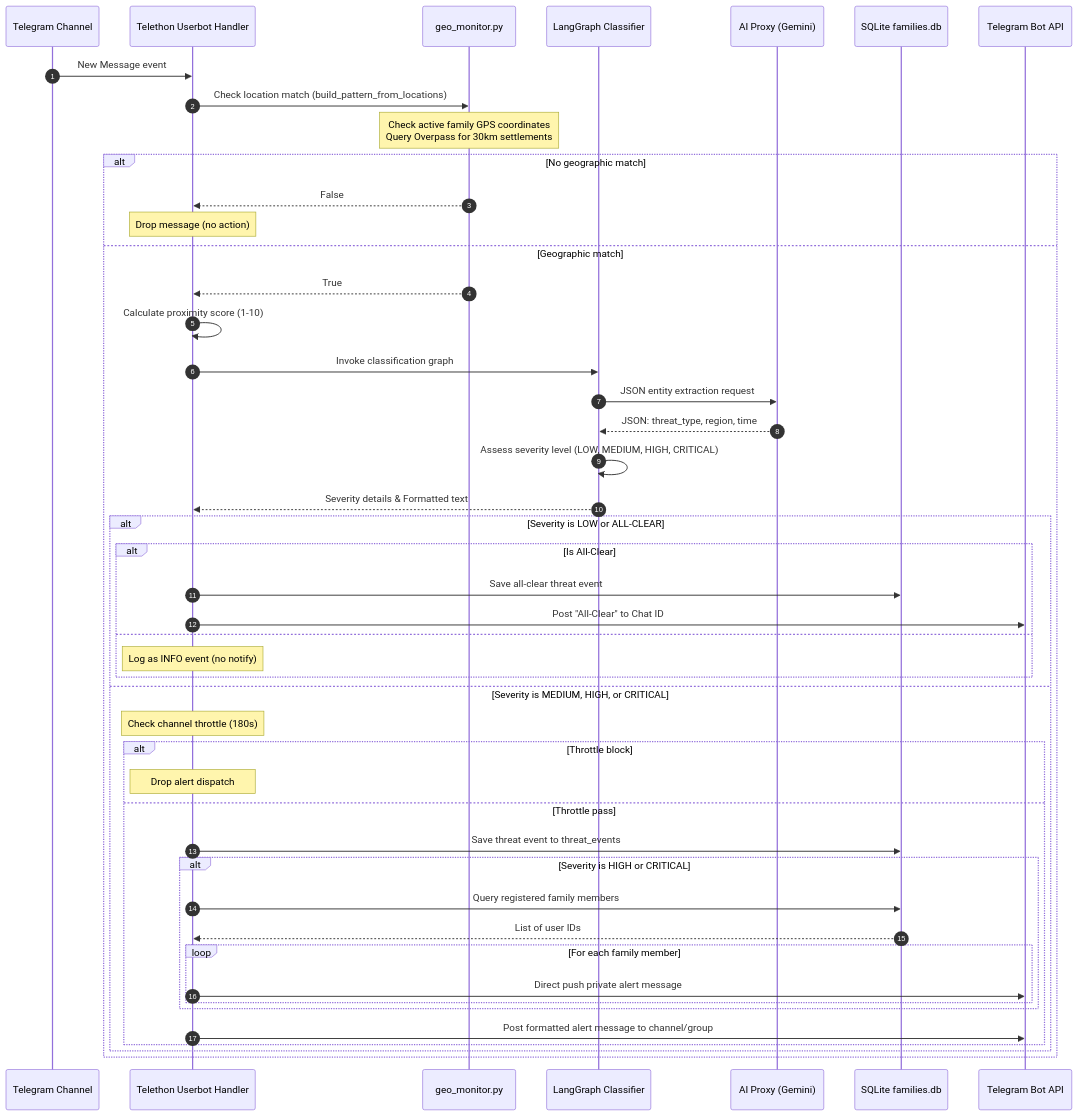
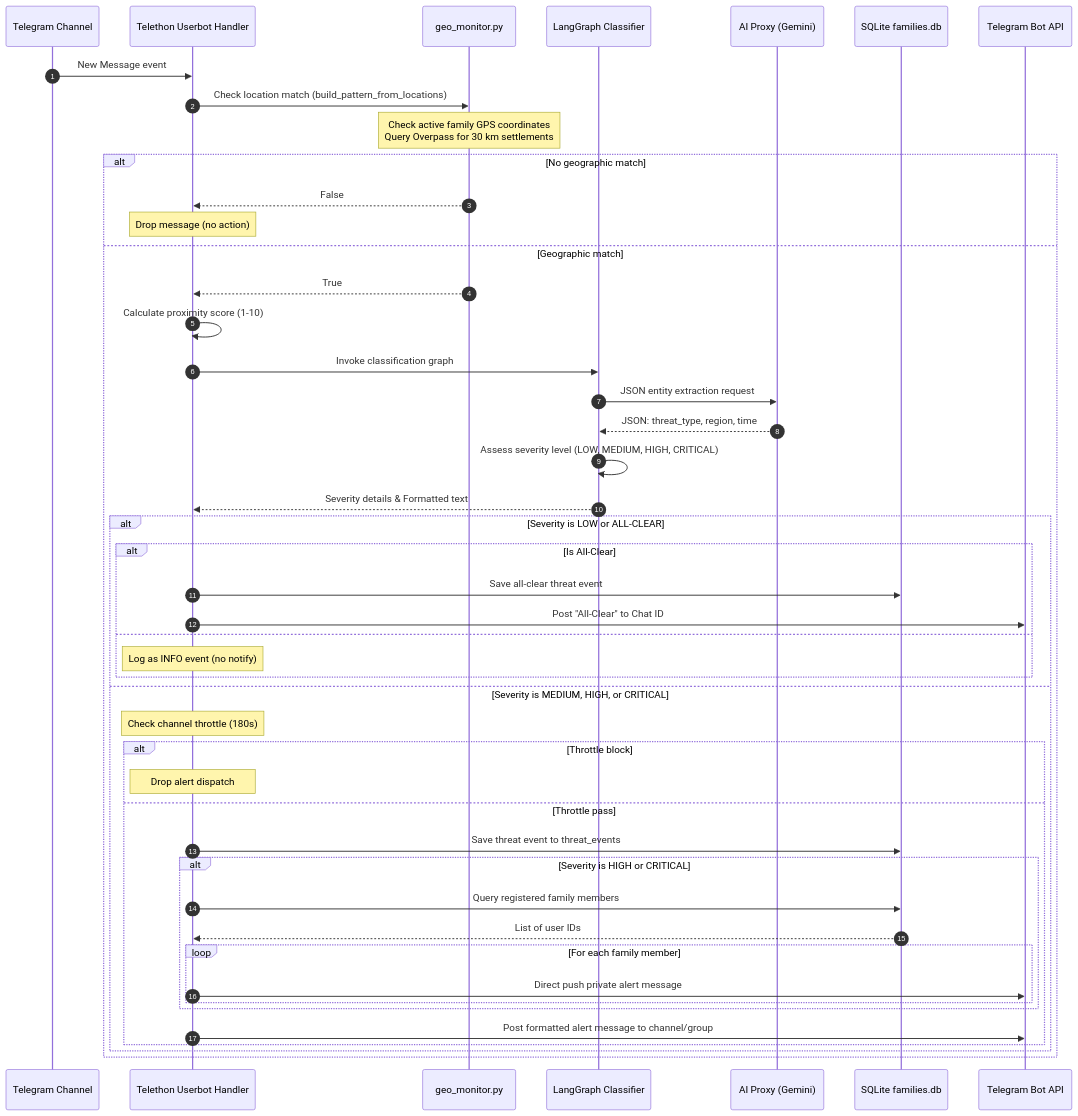
The first of 2 diagrams in docs/uav-watcher-analysis/data-flow.md (maxfraieho/ai-drakon-scaffolder), drawn with Mermaid before and after one commit. The commit also changed other lines of this file and 2 other files, not shown here.

Commit message:
docs(uav-watcher): architecture analysis, components, data-flow, issues (TASK-93)

````diff
--- a/docs/uav-watcher-analysis/data-flow.md
+++ b/docs/uav-watcher-analysis/data-flow.md
@@ -11,53 +11,53 @@
 ```mermaid
 sequenceDiagram
     autonumber
     participant Ch as Telegram Channel
     participant TH as Telethon Userbot Handler
     participant Geo as geo_monitor.py
     participant LGC as LangGraph Classifier
     participant LLM as AI Proxy (Gemini)
     participant DB as SQLite families.db
     participant Bot as Telegram Bot API
 
     Ch->>TH: New Message event
     TH->>Geo: Check location match (build_pattern_from_locations)
-    Note over Geo: Check active family GPS coordinates<br/>Query Overpass for 30km settlements
+    Note over Geo: Check active family GPS coordinates<br/>Query Overpass for 30 km settlements
     alt No geographic match
         Geo-->>TH: False
         Note over TH: Drop message (no action)
     else Geographic match
         Geo-->>TH: True
         TH->>TH: Calculate proximity score (1-10)
         TH->>LGC: Invoke classification graph
         LGC->>LLM: JSON entity extraction request
         LLM-->>LGC: JSON: threat_type, region, time
         LGC->>LGC: Assess severity level (LOW, MEDIUM, HIGH, CRITICAL)
         LGC-->>TH: Severity details & Formatted text
-        
+
         alt Severity is LOW or ALL-CLEAR
             alt Is All-Clear
                 TH->>DB: Save all-clear threat event
                 TH->>Bot: Post "All-Clear" to Chat ID
             else
                 Note over TH: Log as INFO event (no notify)
             end
         else Severity is MEDIUM, HIGH, or CRITICAL
             Note over TH: Check channel throttle (180s)
             alt Throttle block
                 Note over TH: Drop alert dispatch
             else Throttle pass
                 TH->>DB: Save threat event to threat_events
-                
+
                 alt Severity is HIGH or CRITICAL
                     TH->>DB: Query registered family members
                     DB-->>TH: List of user IDs
                     loop For each family member
                         TH->>Bot: Direct push private alert message
                     end
                 end
-                
+
                 TH->>Bot: Post formatted alert message to channel/group
             end
         end
     end
 ```
````
